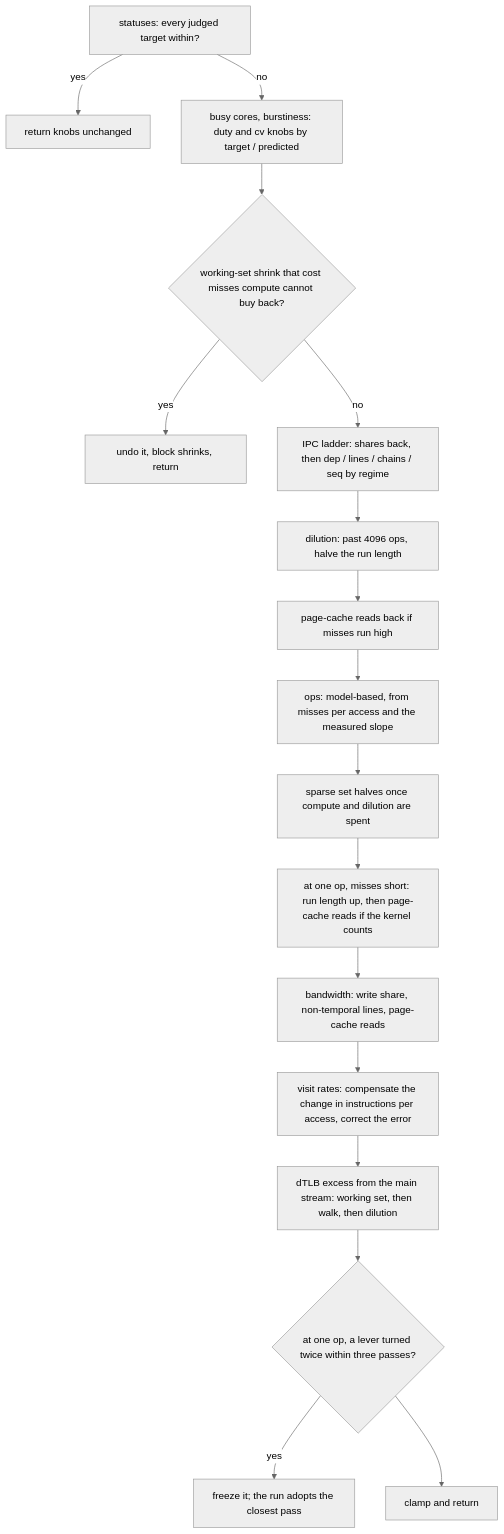
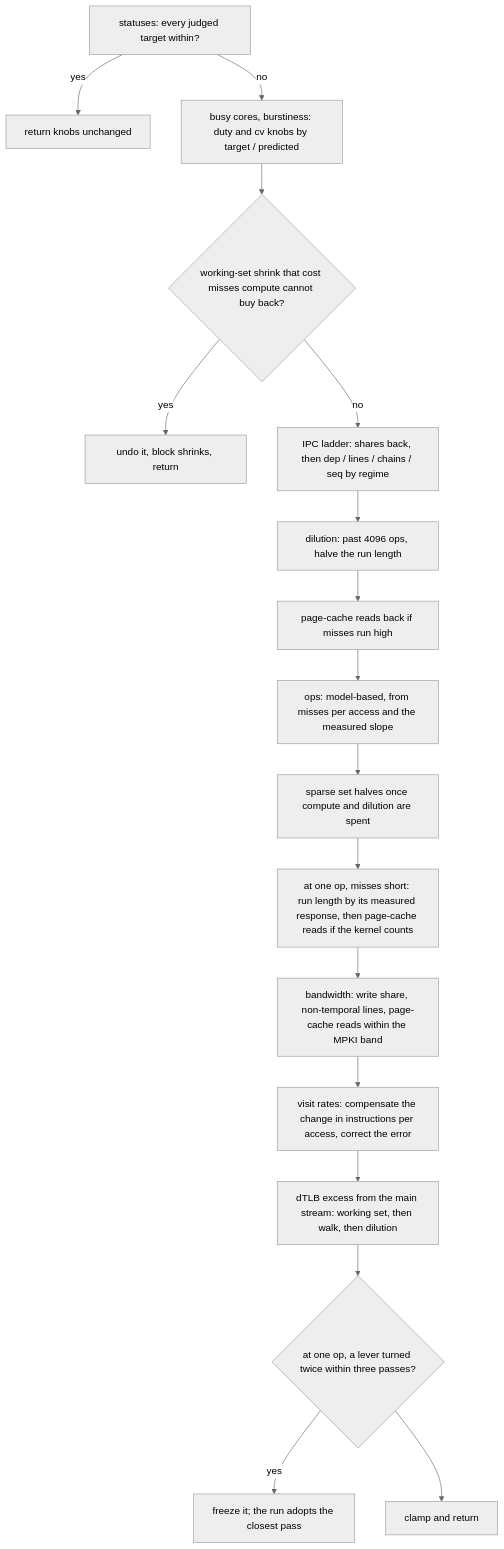
Before and after one commit to likewhatevs/thrashgen: the fourth of 4 diagrams in docs/architecture.md, drawn with Mermaid (neutral theme). The commit also changed other lines of this file and 7 other files, not shown here.

````diff
--- a/docs/architecture.md
+++ b/docs/architecture.md
@@ -122,19 +123,19 @@
 ```mermaid
 flowchart TD
     A[statuses: every judged target within?] -->|yes| Z[return knobs unchanged]
     A -->|no| B[busy cores, burstiness: duty and cv knobs by target / predicted]
     B --> C{working-set shrink that cost misses compute cannot buy back?}
     C -->|yes| C1[undo it, block shrinks, return]
     C -->|no| D[IPC ladder: shares back, then dep / lines / chains / seq by regime]
     D --> E[dilution: past 4096 ops, halve the run length]
     E --> F[page-cache reads back if misses run high]
     F --> G[ops: model-based, from misses per access and the measured slope]
     G --> H[sparse set halves once compute and dilution are spent]
-    H --> I[at one op, misses short: run length up, then page-cache reads if the kernel counts]
-    I --> J[bandwidth: write share, non-temporal lines, page-cache reads]
+    H --> I[at one op, misses short: run length by its measured response, then page-cache reads if the kernel counts]
+    I --> J[bandwidth: write share, non-temporal lines, page-cache reads within the MPKI band]
     J --> K[visit rates: compensate the change in instructions per access, correct the error]
     K --> L[dTLB excess from the main stream: working set, then walk, then dilution]
     L --> M{at one op, a lever turned twice within three passes?}
     M -->|yes| M1[freeze it; the run adopts the closest pass]
     M --> N[clamp and return]
 ```
````
